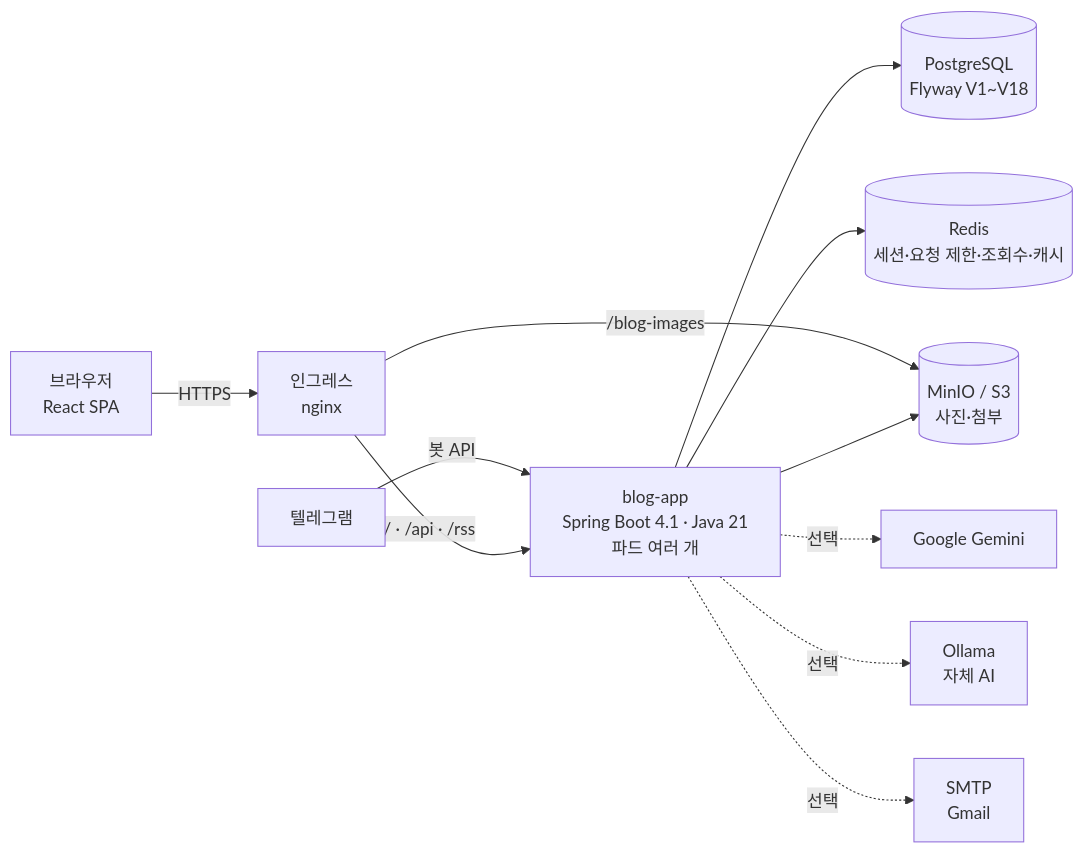
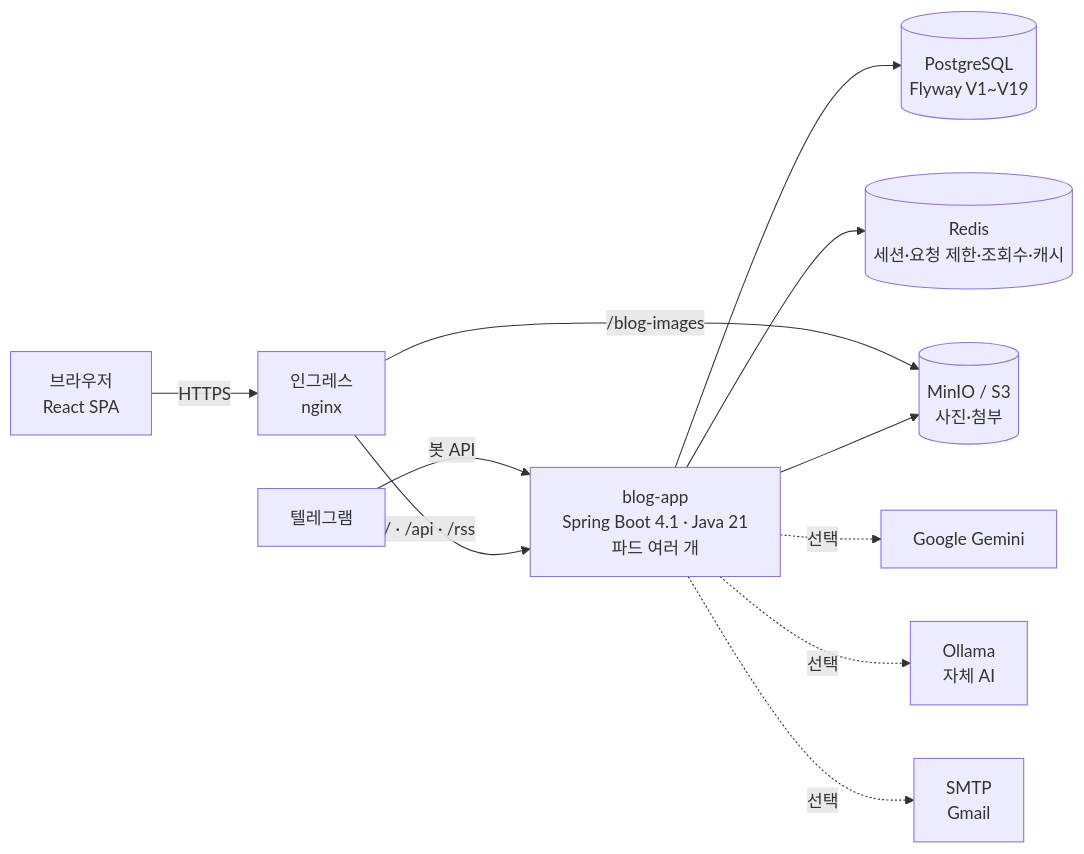
The first of 3 diagrams in profile/README.md (AIGJ-01-002-blog/.github), drawn with Mermaid before and after one commit. The commit also changed other lines of this file, not shown here.

````diff
--- a/profile/README.md
+++ b/profile/README.md
@@ -148,13 +148,13 @@
 ```mermaid
 flowchart LR
     B[브라우저<br/>React SPA] -->|HTTPS| I[인그레스<br/>nginx]
     T[텔레그램] -->|봇 API| A
     I -->|/ · /api · /rss| A[blog-app<br/>Spring Boot 4.1 · Java 21<br/>파드 여러 개]
     I -->|/blog-images| M[(MinIO / S3<br/>사진·첨부)]
-    A --> P[(PostgreSQL<br/>Flyway V1~V18)]
+    A --> P[(PostgreSQL<br/>Flyway V1~V19)]
     A --> R[(Redis<br/>세션·요청 제한·조회수·캐시)]
     A --> M
     A -.선택.-> G[Google Gemini]
     A -.선택.-> O[Ollama<br/>자체 AI]
     A -.선택.-> S[SMTP<br/>Gmail]
 ```
````
